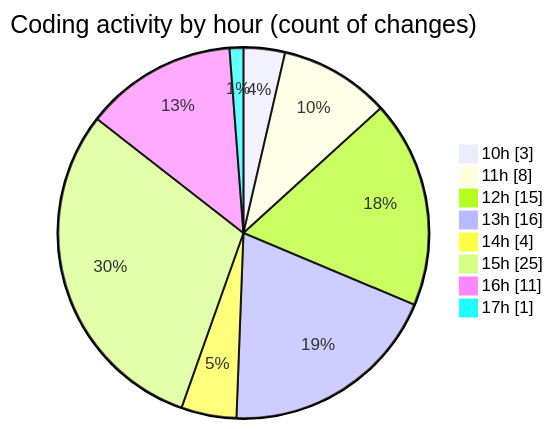
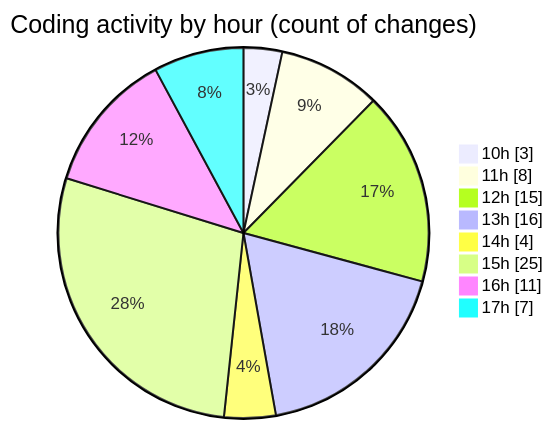
One commit to nxtqubesakshisongat/code-tracking changed the second of 2 diagrams in 2025-10-15/nxtqube_webapp/README.md. Above: the diagram before and after it, drawn with Mermaid. The commit also changed other lines of this file and 1 other file, not shown here.

````diff
--- a/2025-10-15/nxtqube_webapp/README.md
+++ b/2025-10-15/nxtqube_webapp/README.md
@@ -29,12 +29,12 @@
 ```mermaid
 pie showData
 title Coding activity by hour (count of changes)
 "10h" : 3
 "11h" : 8
 "12h" : 15
 "13h" : 16
 "14h" : 4
 "15h" : 25
 "16h" : 11
-"17h" : 1
+"17h" : 7
 ```
````
